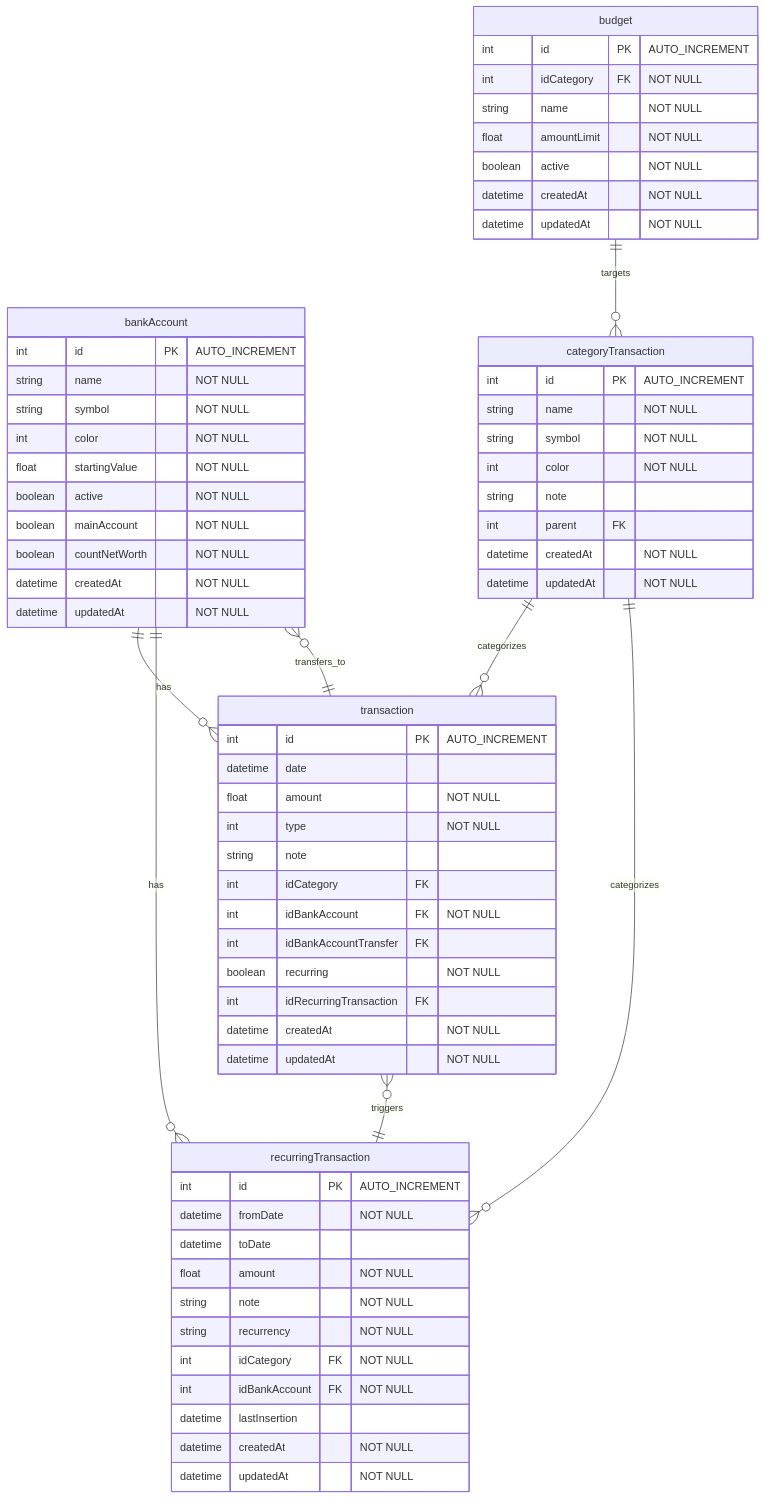
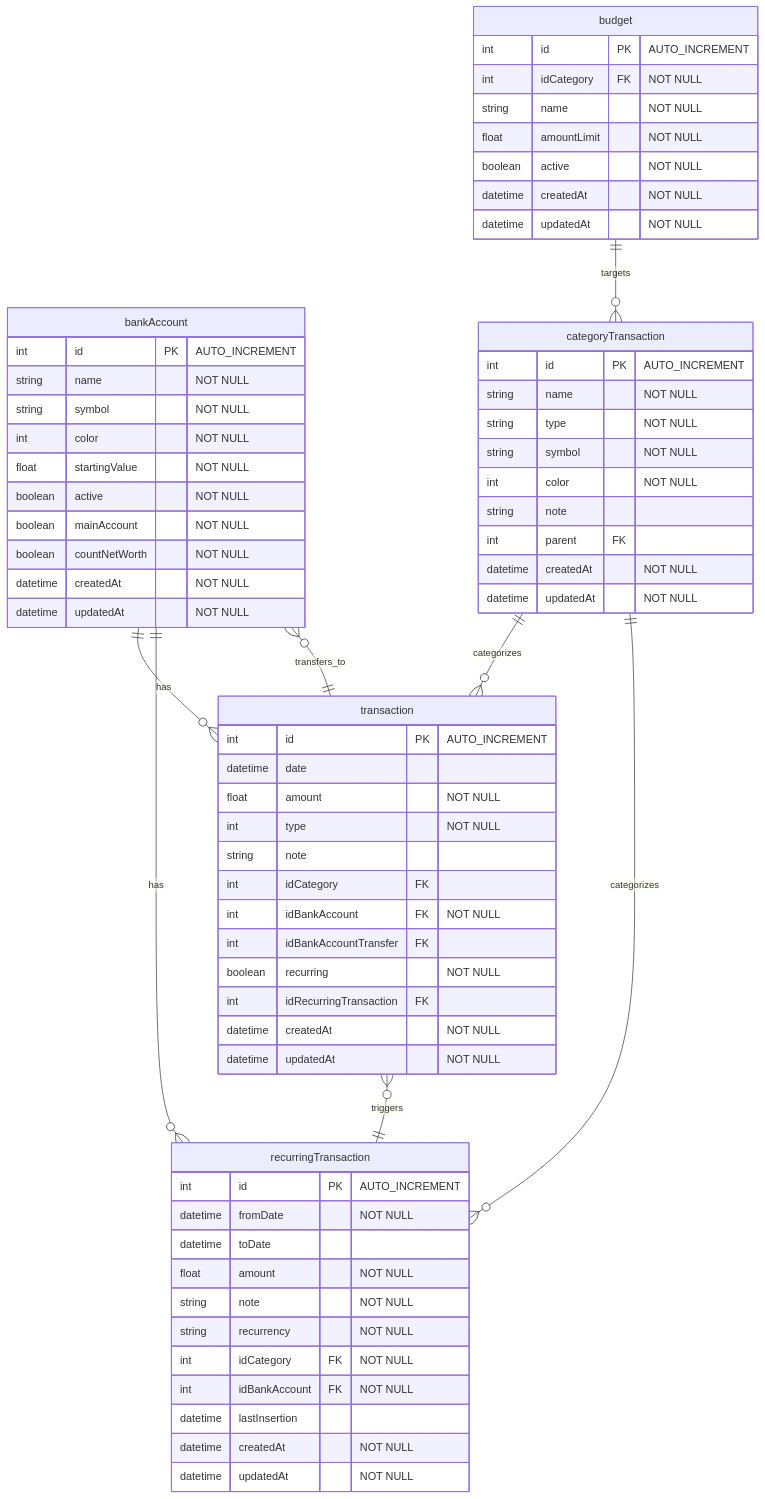
The first of 2 diagrams in docs/database/database-diagram.md (RIP-Comm/sossoldi), drawn with Mermaid before and after one commit. The commit also changed 1 other file, not shown here.

Commit message:
Update categoryTransaction documentation

````diff
--- a/docs/database/database-diagram.md
+++ b/docs/database/database-diagram.md
@@ -12,74 +12,75 @@
 ```mermaid
 erDiagram
     bankAccount ||--o{ transaction : has
     transaction ||--o{ bankAccount : transfers_to
     categoryTransaction ||--o{ transaction : categorizes
     transaction }o--|| recurringTransaction : triggers
     categoryTransaction ||--o{ recurringTransaction : categorizes
     bankAccount ||--o{ recurringTransaction : has
     budget ||--o{ categoryTransaction : targets
 
     bankAccount {
         int id PK "AUTO_INCREMENT"
         string name "NOT NULL"
         string symbol "NOT NULL"
         int color "NOT NULL"
         float startingValue "NOT NULL"
         boolean active "NOT NULL"
         boolean mainAccount "NOT NULL"
         boolean countNetWorth "NOT NULL"
         datetime createdAt "NOT NULL"
         datetime updatedAt "NOT NULL"
     }
 
     transaction {
         int id PK "AUTO_INCREMENT"
         datetime date
         float amount "NOT NULL"
         int type "NOT NULL"
         string note
         int idCategory FK
         int idBankAccount FK "NOT NULL"
         int idBankAccountTransfer FK
         boolean recurring "NOT NULL"
         int idRecurringTransaction FK
         datetime createdAt "NOT NULL"
         datetime updatedAt "NOT NULL"
     }
 
     recurringTransaction {
         int id PK "AUTO_INCREMENT"
         datetime fromDate "NOT NULL"
         datetime toDate
         float amount "NOT NULL"
         string note "NOT NULL"
         string recurrency "NOT NULL"
         int idCategory FK "NOT NULL"
         int idBankAccount FK "NOT NULL"
         datetime lastInsertion
         datetime createdAt "NOT NULL"
         datetime updatedAt "NOT NULL"
     }
 
     categoryTransaction {
         int id PK "AUTO_INCREMENT"
         string name "NOT NULL"
+        string type "NOT NULL"
         string symbol "NOT NULL"
         int color "NOT NULL"
         string note
         int parent FK
         datetime createdAt "NOT NULL"
         datetime updatedAt "NOT NULL"
     }
 
     budget {
         int id PK "AUTO_INCREMENT"
         int idCategory FK "NOT NULL"
         string name "NOT NULL"
         float amountLimit "NOT NULL"
         boolean active "NOT NULL"
         datetime createdAt "NOT NULL"
         datetime updatedAt "NOT NULL"
     }
 
 ```
````
